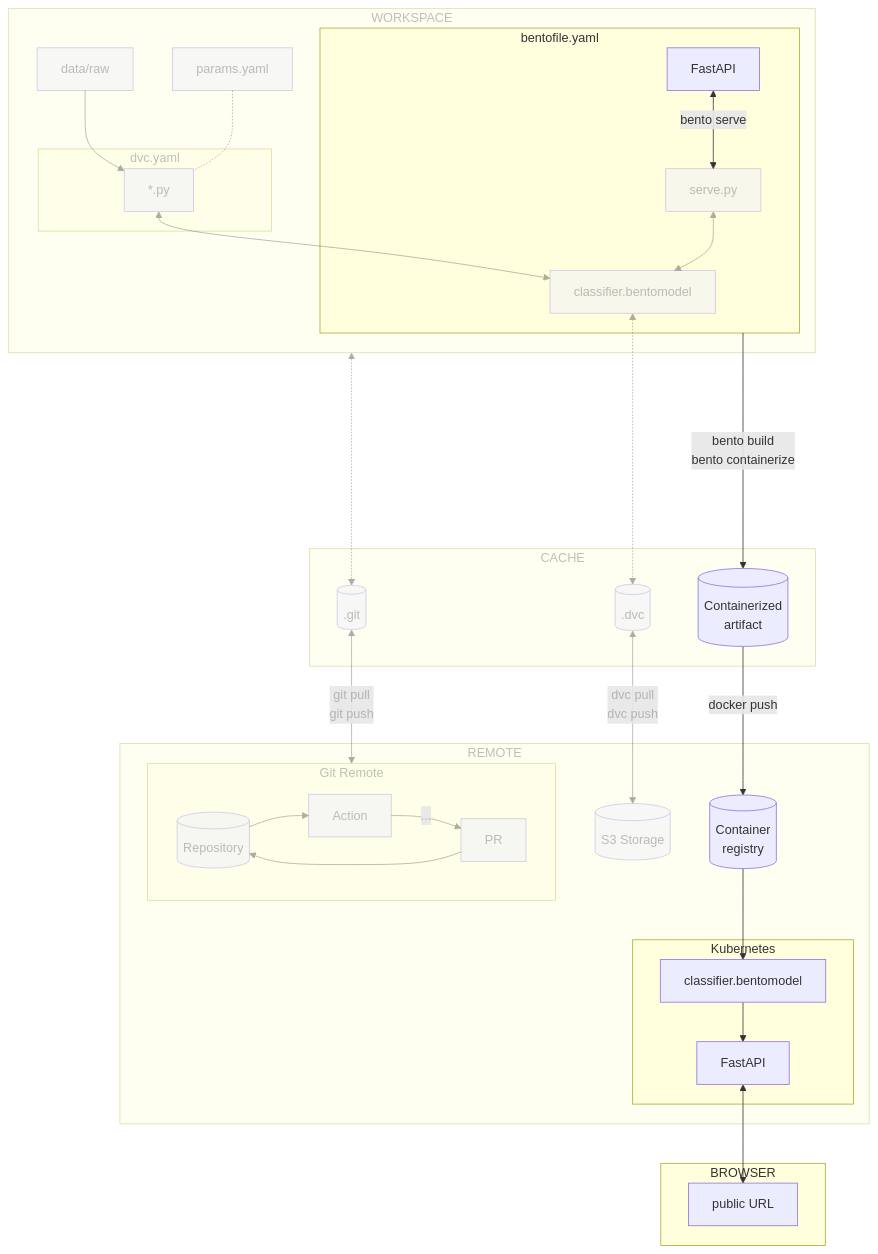
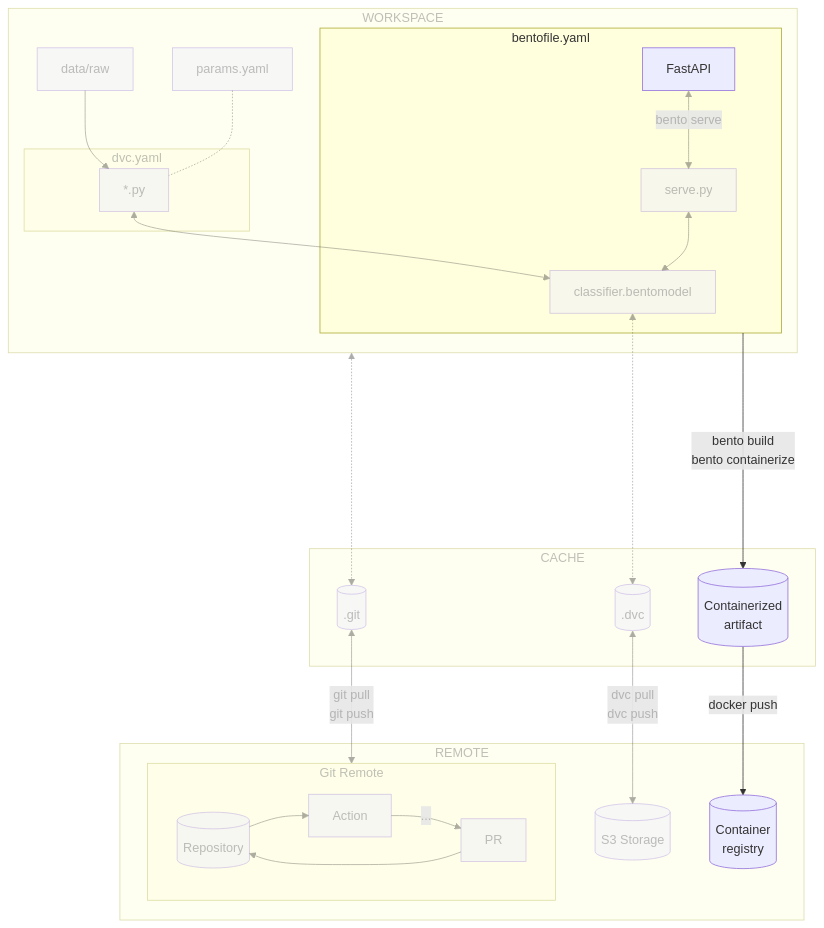
The diagram in docs/part-3-serve-and-deploy-the-model/chapter-13-build-and-publish-the-model-with-bentoml-and-docker.md (swiss-ai-center/a-guide-to-mlops), drawn with Mermaid before and after one commit. The commit also changed other lines of this file and 2 other files, not shown here.

Commit message:
Update mermaid graphs for split chapters

````diff
--- a/docs/part-3-serve-and-deploy-the-model/chapter-13-build-and-publish-the-model-with-bentoml-and-docker.md
+++ b/docs/part-3-serve-and-deploy-the-model/chapter-13-build-and-publish-the-model-with-bentoml-and-docker.md
@@ -25,72 +23,67 @@
 ```mermaid
 flowchart TB
     dot_dvc[(.dvc)] <-->|dvc pull\ndvc push| s3_storage[(S3 Storage)]
     dot_git[(.git)] <-->|git pull\ngit push| gitGraph[Git Remote]
     workspaceGraph <-....-> dot_git
     data[data/raw]
     subgraph cacheGraph[CACHE]
         dot_dvc
         dot_git
         bento_artifact[(Containerized\nartifact)]
     end
     subgraph remoteGraph[REMOTE]
         s3_storage
         subgraph gitGraph[Git Remote]
             repository[(Repository)] --> action[Action]
             action[Action] --> |...|request[PR]
             request --> repository[(Repository)]
         end
-        subgraph clusterGraph[Kubernetes]
-            bento_service_cluster[classifier.bentomodel] --> k8s_fastapi[FastAPI]
-        end
-        registry[(Container\nregistry)] --> bento_service_cluster
+        registry[(Container\nregistry)]
     end
     subgraph workspaceGraph[WORKSPACE]
         data --> code[*.py]
         subgraph dvcGraph["dvc.yaml"]
             code
         end
         params[params.yaml] -.- code
         code <--> bento_model[classifier.bentomodel]
         subgraph bentoGraph[bentofile.yaml]
             bento_model
             serve[serve.py] <--> bento_model
             fastapi[FastAPI] <--> |bento serve|serve
         end
 
         bentoGraph -->|bento build\nbento containerize| bento_artifact
         bento_model <-.-> dot_dvc
         bento_artifact -->|docker push| registry
     end
 
-    subgraph browserGraph[BROWSER]
-        k8s_fastapi <--> publicURL["public URL"]
-    end
     style workspaceGraph opacity:0.4,color:#7f7f7f80
     style dvcGraph opacity:0.4,color:#7f7f7f80
     style cacheGraph opacity:0.4,color:#7f7f7f80
     style data opacity:0.4,color:#7f7f7f80
     style dot_git opacity:0.4,color:#7f7f7f80
     style dot_dvc opacity:0.4,color:#7f7f7f80
     style code opacity:0.4,color:#7f7f7f80
     style serve opacity:0.4,color:#7f7f7f80
     style bento_model opacity:0.4,color:#7f7f7f80
     style params opacity:0.4,color:#7f7f7f80
     style s3_storage opacity:0.4,color:#7f7f7f80
     style repository opacity:0.4,color:#7f7f7f80
     style action opacity:0.4,color:#7f7f7f80
     style request opacity:0.4,color:#7f7f7f80
     style remoteGraph opacity:0.4,color:#7f7f7f80
     style gitGraph opacity:0.4,color:#7f7f7f80
     linkStyle 0 opacity:0.4,color:#7f7f7f80
     linkStyle 1 opacity:0.4,color:#7f7f7f80
     linkStyle 2 opacity:0.4,color:#7f7f7f80
     linkStyle 3 opacity:0.4,color:#7f7f7f80
     linkStyle 4 opacity:0.4,color:#7f7f7f80
     linkStyle 5 opacity:0.4,color:#7f7f7f80
+    linkStyle 6 opacity:0.4,color:#7f7f7f80
+    linkStyle 7 opacity:0.4,color:#7f7f7f80
     linkStyle 8 opacity:0.4,color:#7f7f7f80
     linkStyle 9 opacity:0.4,color:#7f7f7f80
     linkStyle 10 opacity:0.4,color:#7f7f7f80
-    linkStyle 11 opacity:0.4,color:#7f7f7f80
-    linkStyle 14 opacity:0.4,color:#7f7f7f80
+    linkStyle 12 opacity:0.4,color:#7f7f7f80
 ```
````
